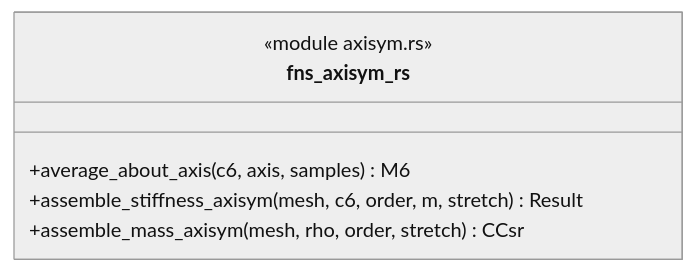
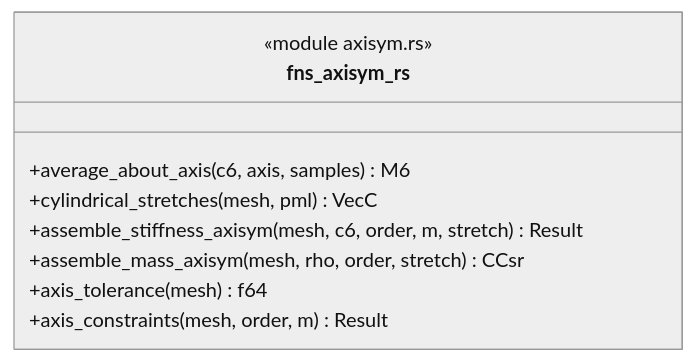
Before and after one commit to p-j-r/nyx: the diagram in docs/architecture/c4/4-code/sms/axisym.md, drawn with Mermaid (neutral theme). The commit also changed other lines of this file and 60 other files, not shown here.

Commit message:
sms axisym steps 7 and 9: ADR 68 (study) and 69 (axis, cylindrical stretch) finalised and renumbered clear of A3's 66/67, index, CODE_TO_ADR, C4 spec and rebuild, CLAUDE.md, HOW_IT_WORKS, guide card, ROUGH_SPOTS R6b-R6e, status section; rustfmt; 932 pass, 0 fail, 11 ignored

````diff
--- a/docs/architecture/c4/4-code/sms/axisym.md
+++ b/docs/architecture/c4/4-code/sms/axisym.md
@@ -33,9 +33,12 @@
 ```mermaid
 classDiagram
   class fns_axisym_rs {
       <<module axisym.rs>>
       +average_about_axis(c6, axis, samples) M6
+      +cylindrical_stretches(mesh, pml) VecC
       +assemble_stiffness_axisym(mesh, c6, order, m, stretch) Result
       +assemble_mass_axisym(mesh, rho, order, stretch) CCsr
+      +axis_tolerance(mesh) f64
+      +axis_constraints(mesh, order, m) Result
   }
 ```
````
